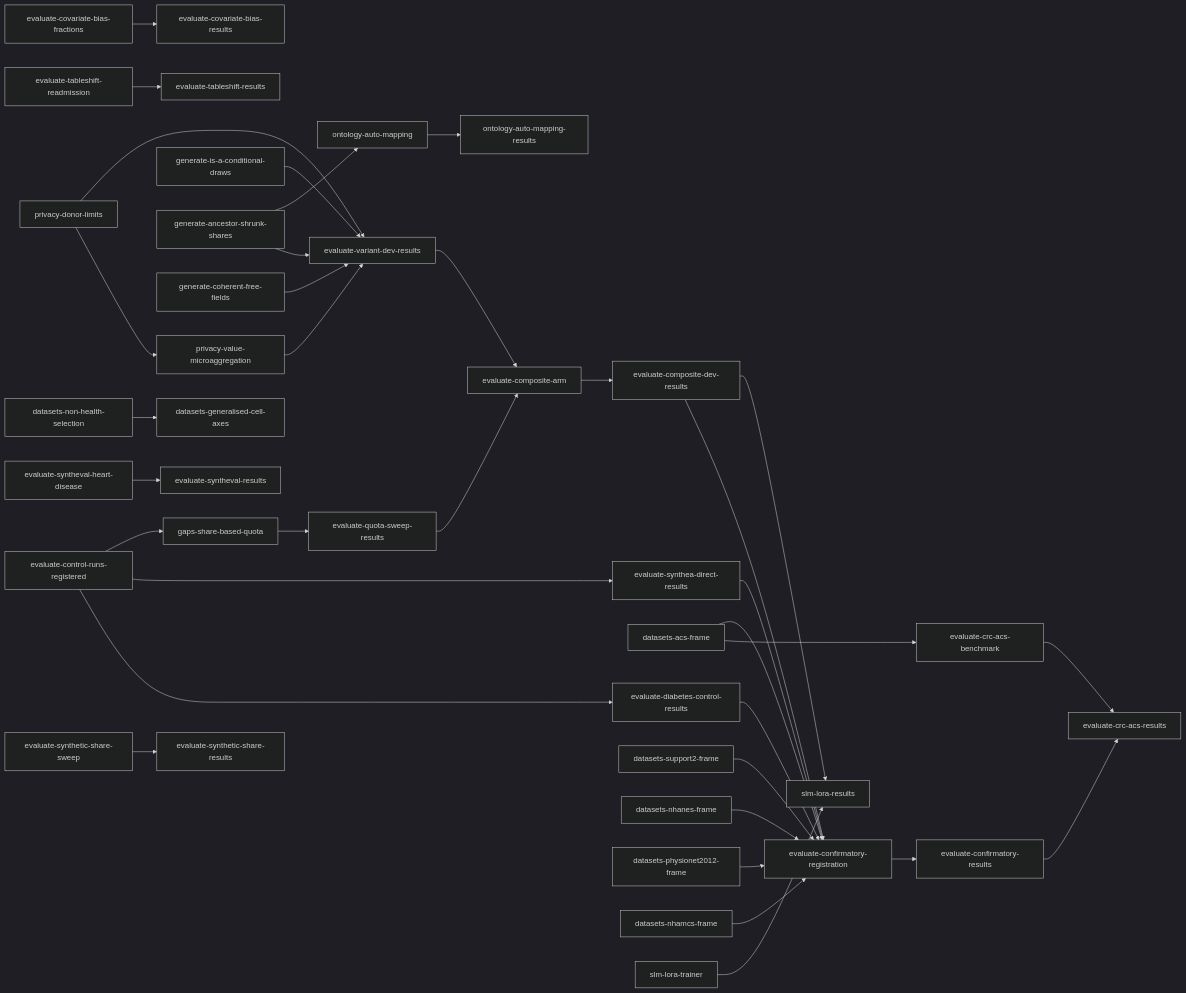
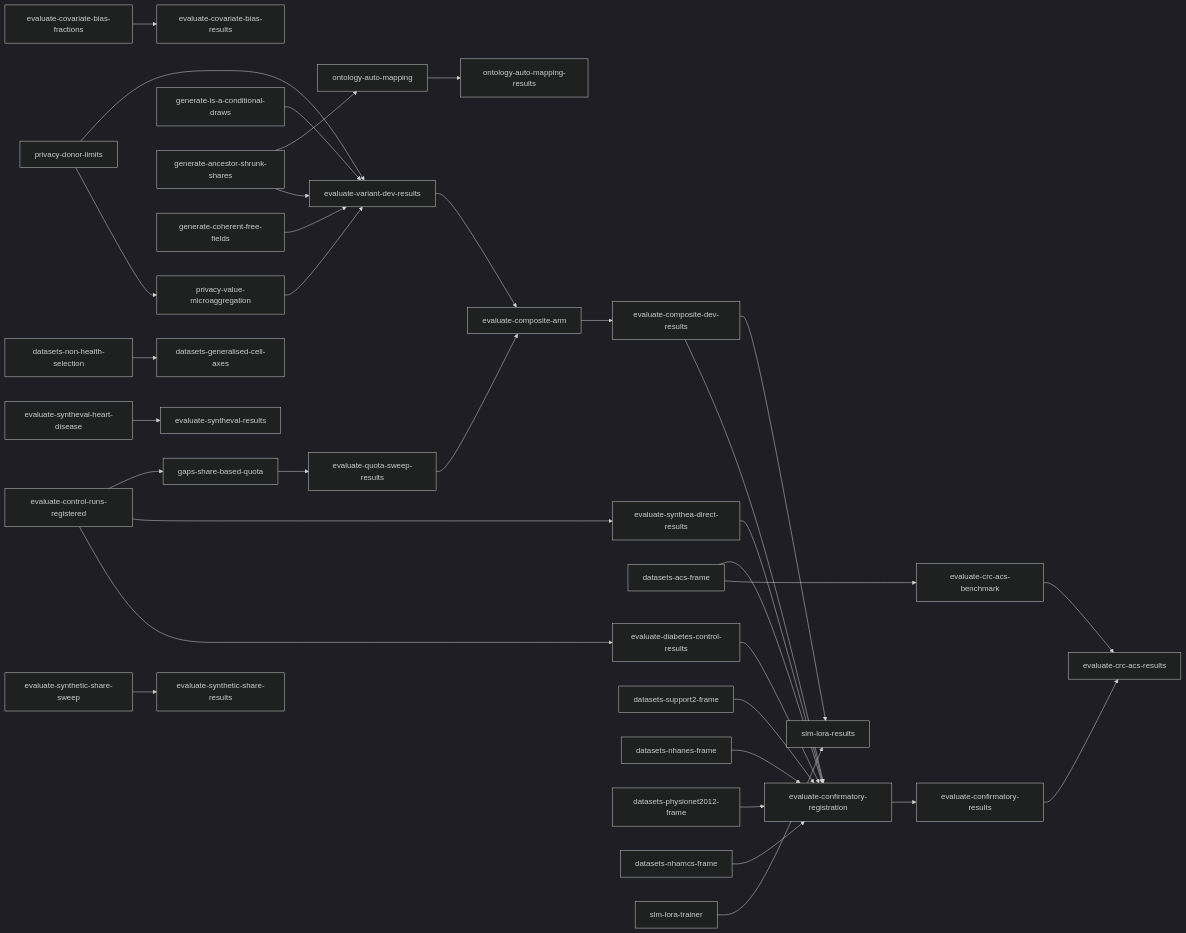
One commit to joe-dartmouth/synthetic changed the diagram in tasks/direct-index.md. Above: the diagram before and after it, drawn with Mermaid (dark theme). The commit also changed other lines of this file and 33 other files, not shown here.

````diff
--- a/tasks/direct-index.md
+++ b/tasks/direct-index.md
@@ -77,37 +76,36 @@
 ```mermaid
 flowchart LR
     u37[evaluate-covariate-bias-fractions] --> u38[evaluate-covariate-bias-results]
-    u39[evaluate-tableshift-readmission] --> u40[evaluate-tableshift-results]
     u6[evaluate-control-runs-registered] --> u7[evaluate-diabetes-control-results]
     u6 --> u8[evaluate-synthea-direct-results]
     u15[privacy-donor-limits] --> u16[privacy-value-microaggregation]
     u11[generate-is-a-conditional-draws] --> u19[evaluate-variant-dev-results]
     u13[generate-ancestor-shrunk-shares] --> u19
     u15 --> u19
     u16 --> u19
     u17[generate-coherent-free-fields] --> u19
     u6 --> u20[gaps-share-based-quota]
     u20 --> u21[evaluate-quota-sweep-results]
     u27[datasets-acs-frame] --> u41[evaluate-crc-acs-benchmark]
     u49[datasets-non-health-selection] --> u50[datasets-generalised-cell-axes]
     u43[evaluate-syntheval-heart-disease] --> u44[evaluate-syntheval-results]
     u19 --> u28[evaluate-composite-arm]
     u21 --> u28
     u28 --> u29[evaluate-composite-dev-results]
     u7 --> u30[evaluate-confirmatory-registration]
     u8 --> u30
     u45[evaluate-synthetic-share-sweep] --> u46[evaluate-synthetic-share-results]
     u25[datasets-support2-frame] --> u30
     u26[datasets-nhanes-frame] --> u30
     u27 --> u30
     u47[datasets-physionet2012-frame] --> u30
     u48[datasets-nhamcs-frame] --> u30
     u29 --> u30
     u30 --> u31[evaluate-confirmatory-results]
     u41 --> u42[evaluate-crc-acs-results]
     u31 --> u42
     u13 --> u32[ontology-auto-mapping]
     u32 --> u33[ontology-auto-mapping-results]
     u29 --> u36[slm-lora-results]
     u35[slm-lora-trainer] --> u36
 ```
````
